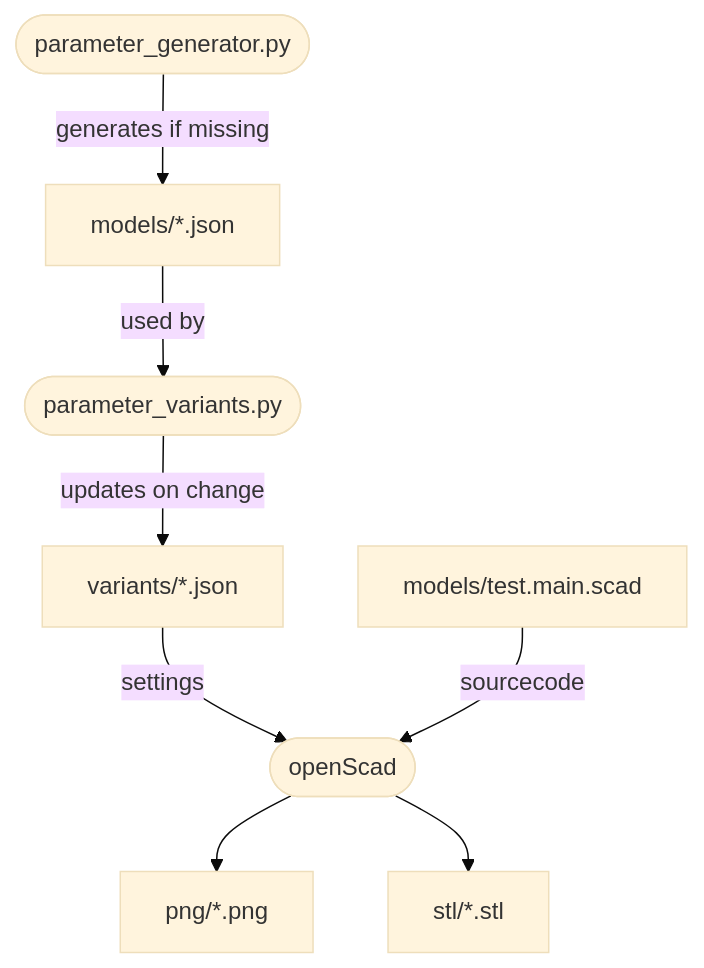
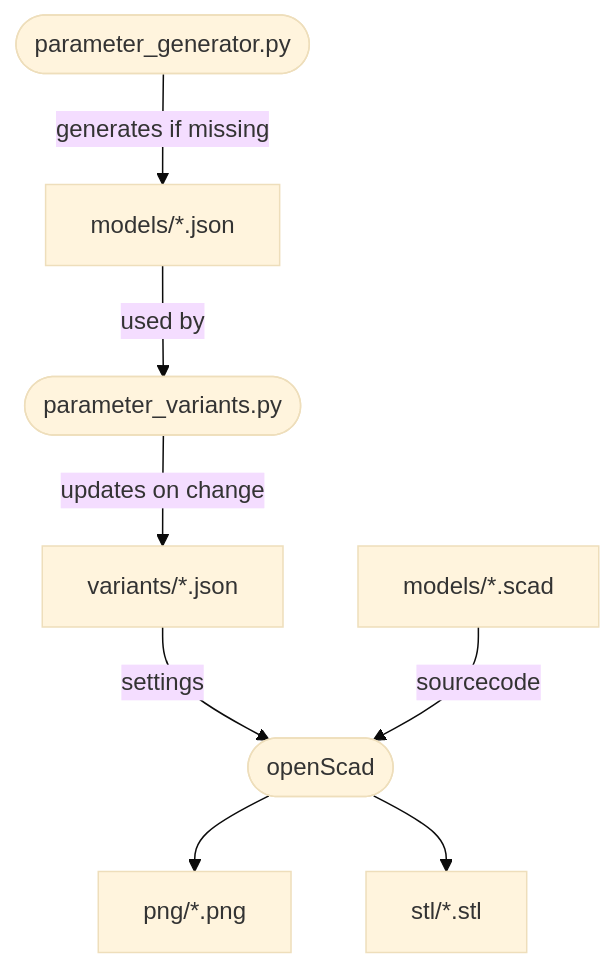
Before and after one commit to mofosyne/openscad-makefile: the diagram in README.md, drawn with Mermaid (base theme). The commit also changed other lines of this file, not shown here.

````diff
--- a/README.md
+++ b/README.md
@@ -31,13 +31,13 @@
 ```mermaid
 graph TD
     paramGen(["parameter_generator.py"])     -- generates if missing  --> paramSettings
     paramSettings["models/*.json"]           -- used by    --> paramVariants
     paramVariants(["parameter_variants.py"]) -- updates on change  --> variants
     variants["variants/*.json"]              -- settings   --> scadGen
-    sourcecode["models/test.main.scad"]      -- sourcecode --> scadGen
+    sourcecode["models/*.scad"]              -- sourcecode --> scadGen
     scadGen(["openScad"])
     scadGen                                  --> png
     scadGen                                  --> stl
     png["png/*.png"];
     stl["stl/*.stl"];
 ```
````
